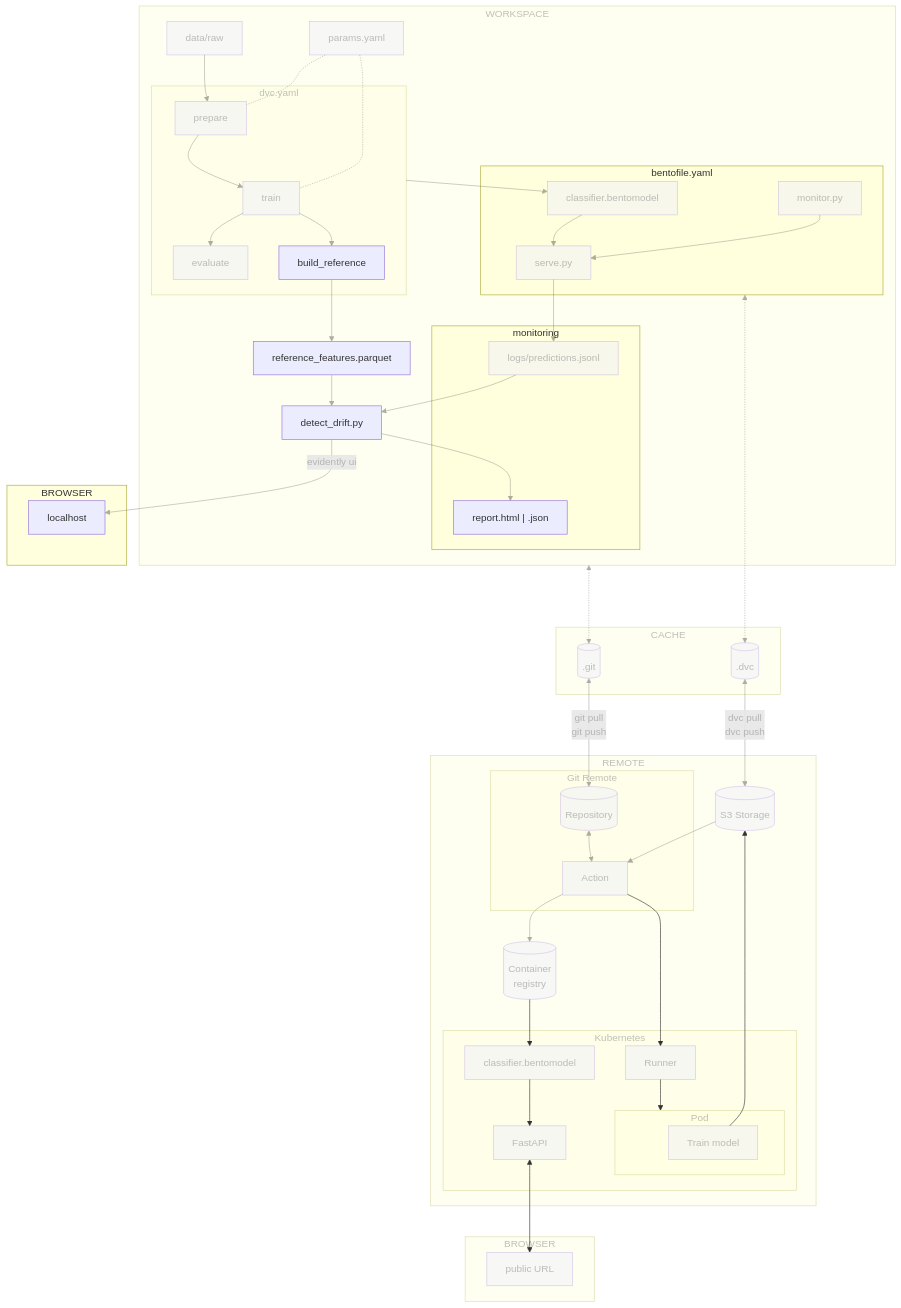
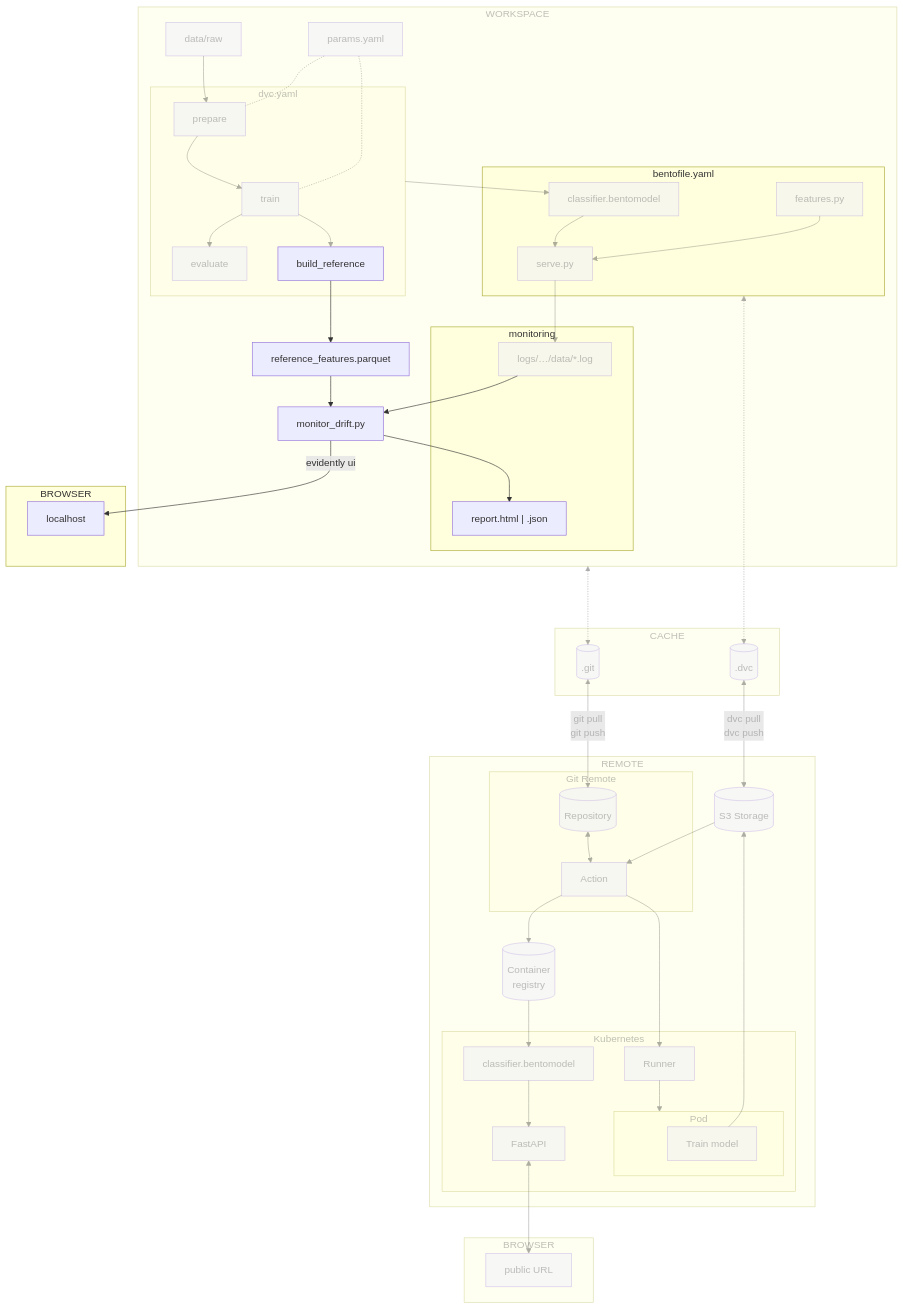
The diagram in docs/part-4-monitor-and-maintain/chapter-42-detect-drift-locally-with-evidently-ai.md (swiss-ai-center/a-guide-to-mlops), drawn with Mermaid before and after one commit. The commit also changed other lines of this file and 6 other files, not shown here.

````diff
--- a/docs/part-4-monitor-and-maintain/chapter-42-detect-drift-locally-with-evidently-ai.md
+++ b/docs/part-4-monitor-and-maintain/chapter-42-detect-drift-locally-with-evidently-ai.md
@@ -51,7 +43,7 @@
         dvcGraph --> bento_model[classifier.bentomodel]
         subgraph bentoGraph[bentofile.yaml]
             bento_model --> serve[serve.py]
-            monitor[monitor.py] --> serve
+            features[features.py] --> serve
         end
         bentoGraph <-.-> dot_dvc
 
@@ -65,18 +57,18 @@
         params -.- train
 
         subgraph monitoringGraph[monitoring]
-            drift_logs[logs/predictions.jsonl]
+            drift_logs["logs/…/data/*.log"]
             drift_report["report.html | .json"]
         end
-        detect_drift[detect_drift.py]
+        monitor_drift[monitor_drift.py]
         serve --> drift_logs
         build_reference --> reference_features[reference_features.parquet]
-        reference_features --> detect_drift
-        drift_logs --> detect_drift
-        detect_drift --> drift_report
+        reference_features --> monitor_drift
+        drift_logs --> monitor_drift
+        monitor_drift --> drift_report
     end
     subgraph browserLocalGraph[BROWSER]
-        detect_drift --> |evidently ui| localhost
+        monitor_drift --> |evidently ui| localhost
     end
 
     subgraph remoteGraph[REMOTE]
@@ -118,7 +110,7 @@
     style evaluate opacity:0.4,color:#7f7f7f80
     style dvcGraph opacity:0.4,color:#7f7f7f80
     style bento_model opacity:0.4,color:#7f7f7f80
-    style monitor opacity:0.4,color:#7f7f7f80
+    style features opacity:0.4,color:#7f7f7f80
     style serve opacity:0.4,color:#7f7f7f80
     style drift_logs opacity:0.4,color:#7f7f7f80
     style dot_git opacity:0.4,color:#7f7f7f80
@@ -146,12 +138,13 @@
     linkStyle 11 opacity:0.4,color:#7f7f7f80
     linkStyle 12 opacity:0.4,color:#7f7f7f80
     linkStyle 13 opacity:0.4,color:#7f7f7f80
-    linkStyle 14 opacity:0.4,color:#7f7f7f80
-    linkStyle 15 opacity:0.4,color:#7f7f7f80
-    linkStyle 16 opacity:0.4,color:#7f7f7f80
-    linkStyle 17 opacity:0.4,color:#7f7f7f80
-    linkStyle 18 opacity:0.4,color:#7f7f7f80
     linkStyle 19 opacity:0.4,color:#7f7f7f80
     linkStyle 20 opacity:0.4,color:#7f7f7f80
     linkStyle 21 opacity:0.4,color:#7f7f7f80
+    linkStyle 22 opacity:0.4,color:#7f7f7f80
+    linkStyle 23 opacity:0.4,color:#7f7f7f80
+    linkStyle 24 opacity:0.4,color:#7f7f7f80
+    linkStyle 25 opacity:0.4,color:#7f7f7f80
+    linkStyle 26 opacity:0.4,color:#7f7f7f80
+    linkStyle 27 opacity:0.4,color:#7f7f7f80
 ```
````
